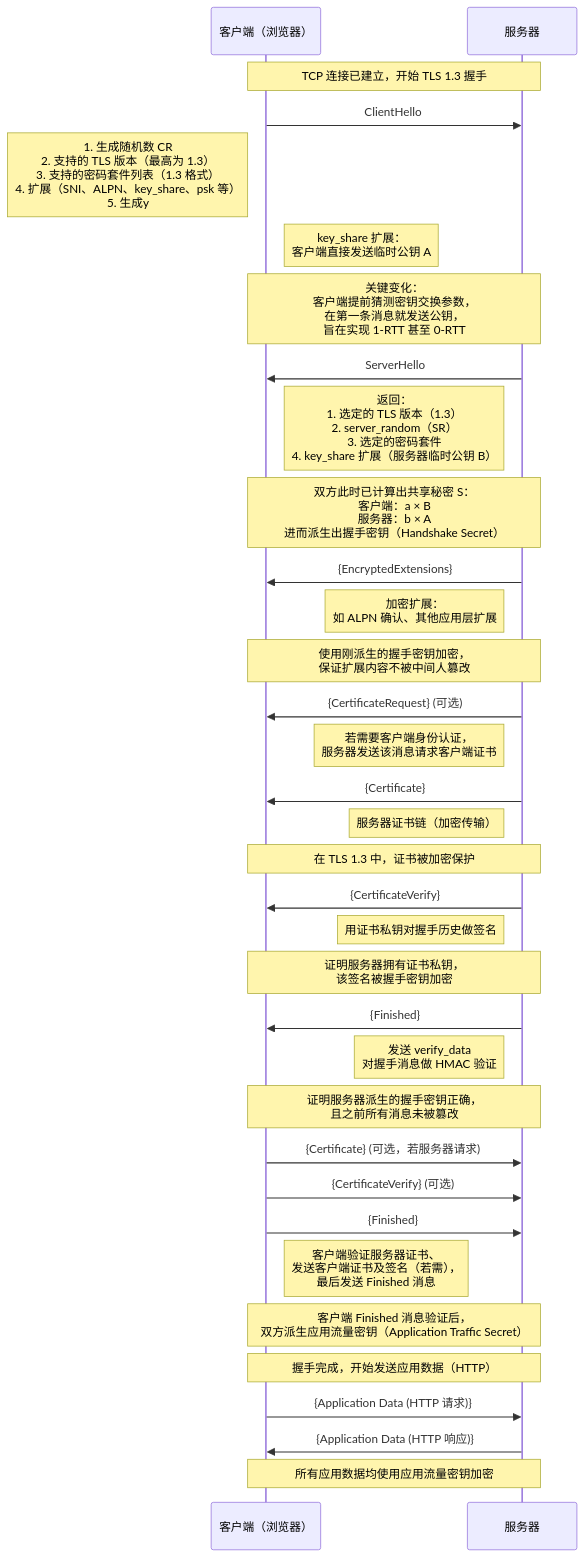
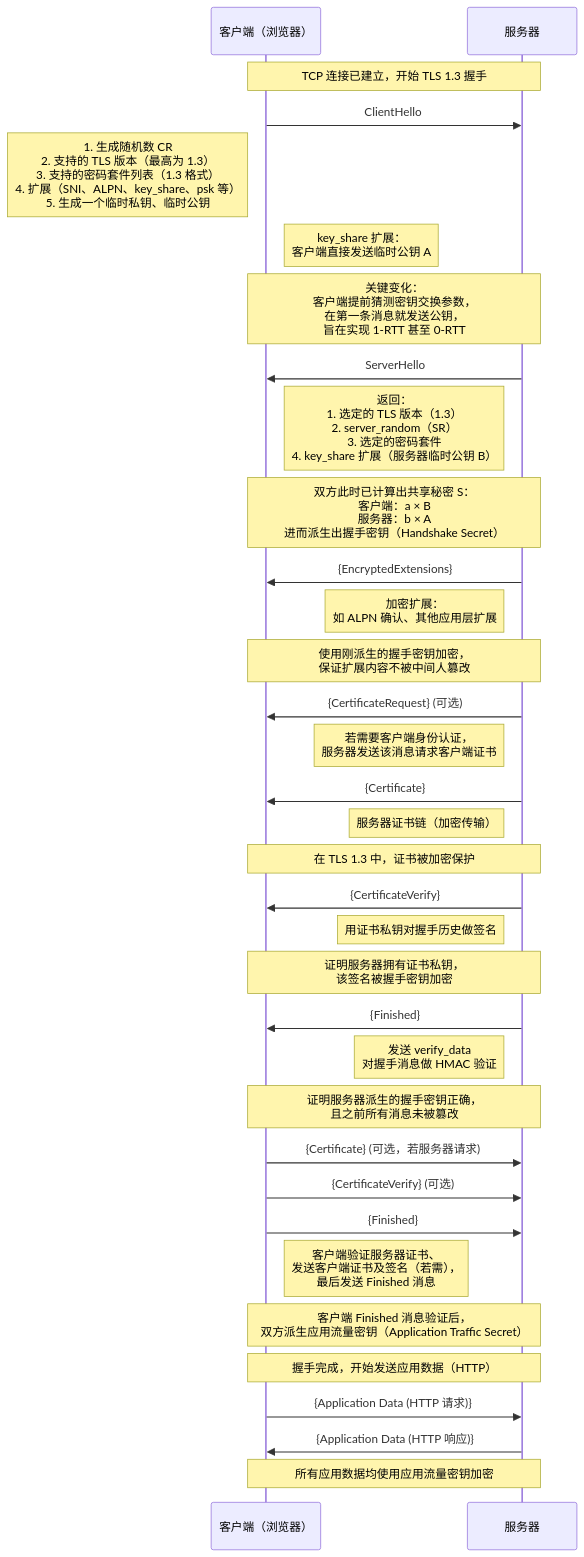
Before and after one commit to HY-10-8/iodraw-files: the diagram in all/未命名-3.md, drawn with Mermaid.

Commit message:
2026-03-30 17:23:46 update

````diff
--- a/all/未命名-3.md
+++ b/all/未命名-3.md
@@ -1,47 +1,47 @@
 ```mermaid
 sequenceDiagram
     participant C as 客户端（浏览器）
     participant S as 服务器
 
     Note over C,S: TCP 连接已建立，开始 TLS 1.3 握手
 
     C->>S: ClientHello
-    Note left of C: 1. 生成随机数 CR<br/> 2. 支持的 TLS 版本（最高为 1.3）<br/> 3. 支持的密码套件列表（1.3 格式）<br/> 4. 扩展（SNI、ALPN、key_share、psk 等）<br/> 5. 生成y
+    Note left of C: 1. 生成随机数 CR<br/> 2. 支持的 TLS 版本（最高为 1.3）<br/> 3. 支持的密码套件列表（1.3 格式）<br/> 4. 扩展（SNI、ALPN、key_share、psk 等）<br/> 5. 生成一个临时私钥、临时公钥
     Note right of C: key_share 扩展：<br/> 客户端直接发送临时公钥 A
     Note over C,S: 关键变化：<br/> 客户端提前猜测密钥交换参数，<br/> 在第一条消息就发送公钥，<br/> 旨在实现 1-RTT 甚至 0-RTT
 
     S->>C: ServerHello
     Note left of S: 返回：<br/> 1. 选定的 TLS 版本（1.3）<br/> 2. server_random（SR）<br/> 3. 选定的密码套件<br/> 4. key_share 扩展（服务器临时公钥 B）
     Note over C,S: 双方此时已计算出共享秘密 S：<br/> 客户端：a × B<br/> 服务器：b × A<br/> 进而派生出握手密钥（Handshake Secret）
 
     S->>C: {EncryptedExtensions}
     Note left of S: 加密扩展：<br/> 如 ALPN 确认、其他应用层扩展
     Note over C,S: 使用刚派生的握手密钥加密，<br/> 保证扩展内容不被中间人篡改
 
     S->>C: {CertificateRequest} (可选)
     Note left of S: 若需要客户端身份认证，<br/> 服务器发送该消息请求客户端证书
 
     S->>C: {Certificate}
     Note left of S: 服务器证书链（加密传输）
     Note over C,S: 在 TLS 1.3 中，证书被加密保护
 
     S->>C: {CertificateVerify}
     Note left of S: 用证书私钥对握手历史做签名
     Note over C,S: 证明服务器拥有证书私钥，<br/> 该签名被握手密钥加密
 
     S->>C: {Finished}
     Note left of S: 发送 verify_data<br/> 对握手消息做 HMAC 验证
     Note over C,S: 证明服务器派生的握手密钥正确，<br/> 且之前所有消息未被篡改
 
     C->>S: {Certificate} (可选，若服务器请求)
     C->>S: {CertificateVerify} (可选)
     C->>S: {Finished}
     Note right of C: 客户端验证服务器证书、<br/> 发送客户端证书及签名（若需），<br/> 最后发送 Finished 消息
     Note over C,S: 客户端 Finished 消息验证后，<br/> 双方派生应用流量密钥（Application Traffic Secret）
 
     Note over C,S: 握手完成，开始发送应用数据（HTTP）
 
     C->>S: {Application Data (HTTP 请求)}
     S->>C: {Application Data (HTTP 响应)}
     Note over C,S: 所有应用数据均使用应用流量密钥加密
 ```
````
